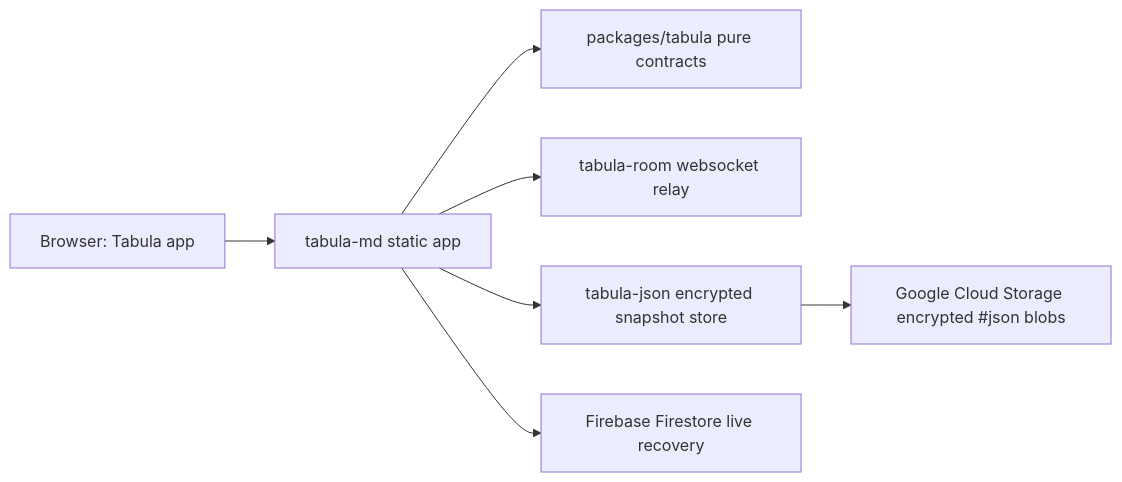
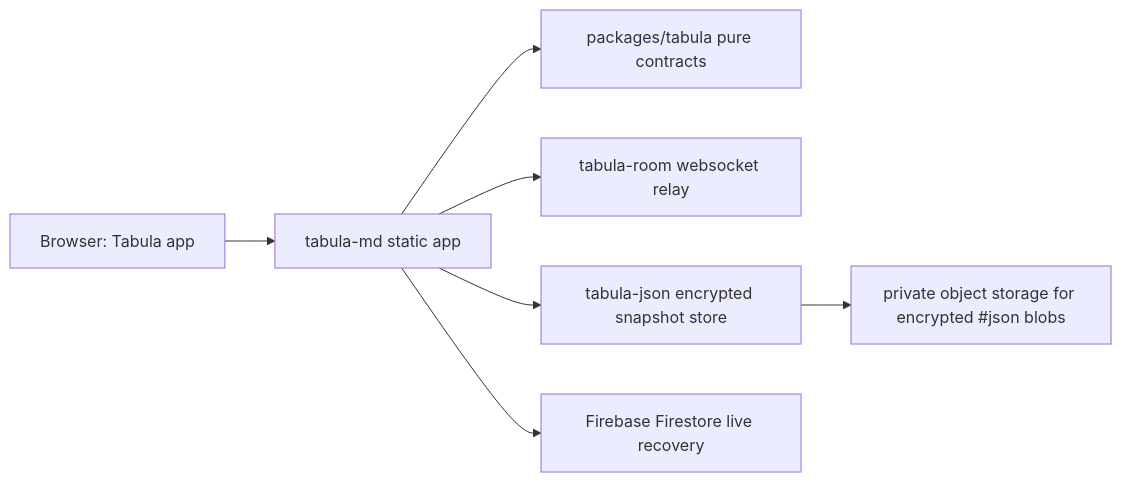
One commit to tabula-md/tabula-md changed the diagram in docs/self-hosting.md. Above: the diagram before and after it, drawn with Mermaid. The commit also changed other lines of this file and 90 other files, not shown here.

````diff
--- a/docs/self-hosting.md
+++ b/docs/self-hosting.md
@@ -7,9 +7,9 @@
 ```mermaid
 flowchart LR
   user["Browser: Tabula app"] --> app["tabula-md static app"]
   app --> core["packages/tabula pure contracts"]
   app --> room["tabula-room websocket relay"]
   app --> json["tabula-json encrypted snapshot store"]
   app --> firebase["Firebase Firestore live recovery"]
-  json --> objectStorage["Google Cloud Storage encrypted #json blobs"]
+  json --> objectStorage["private object storage for encrypted #json blobs"]
 ```
````
